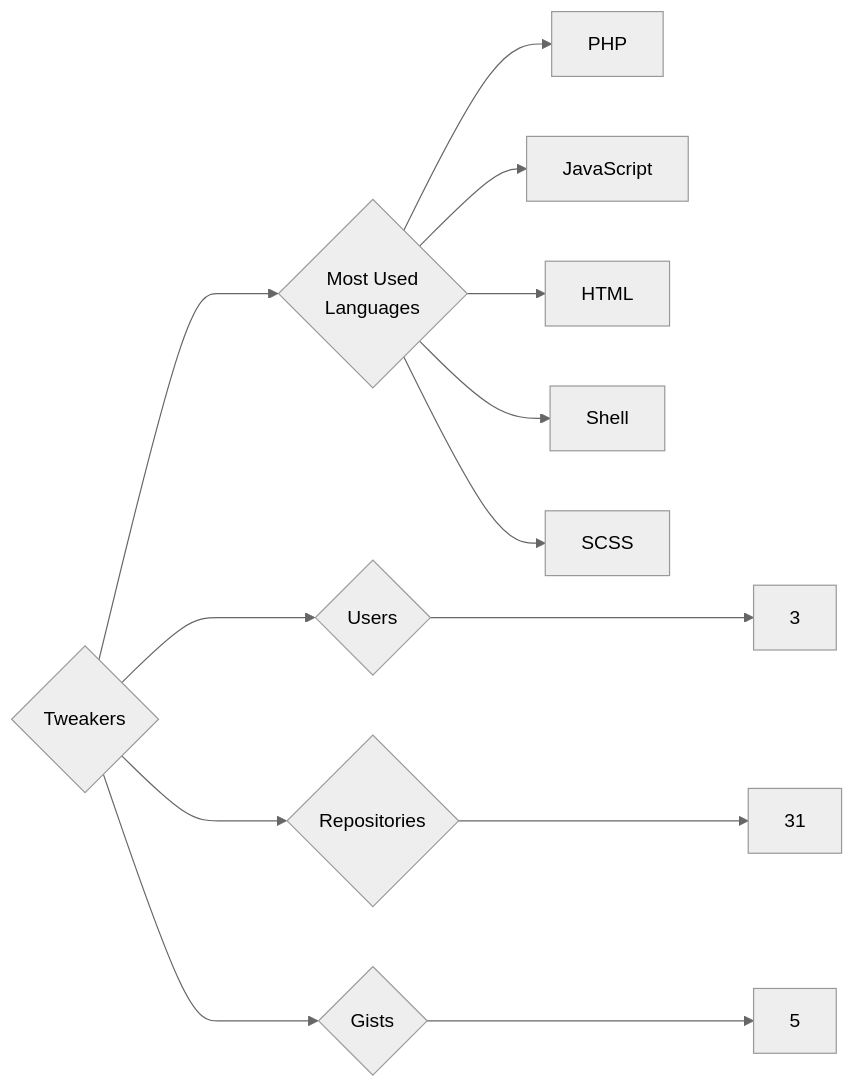
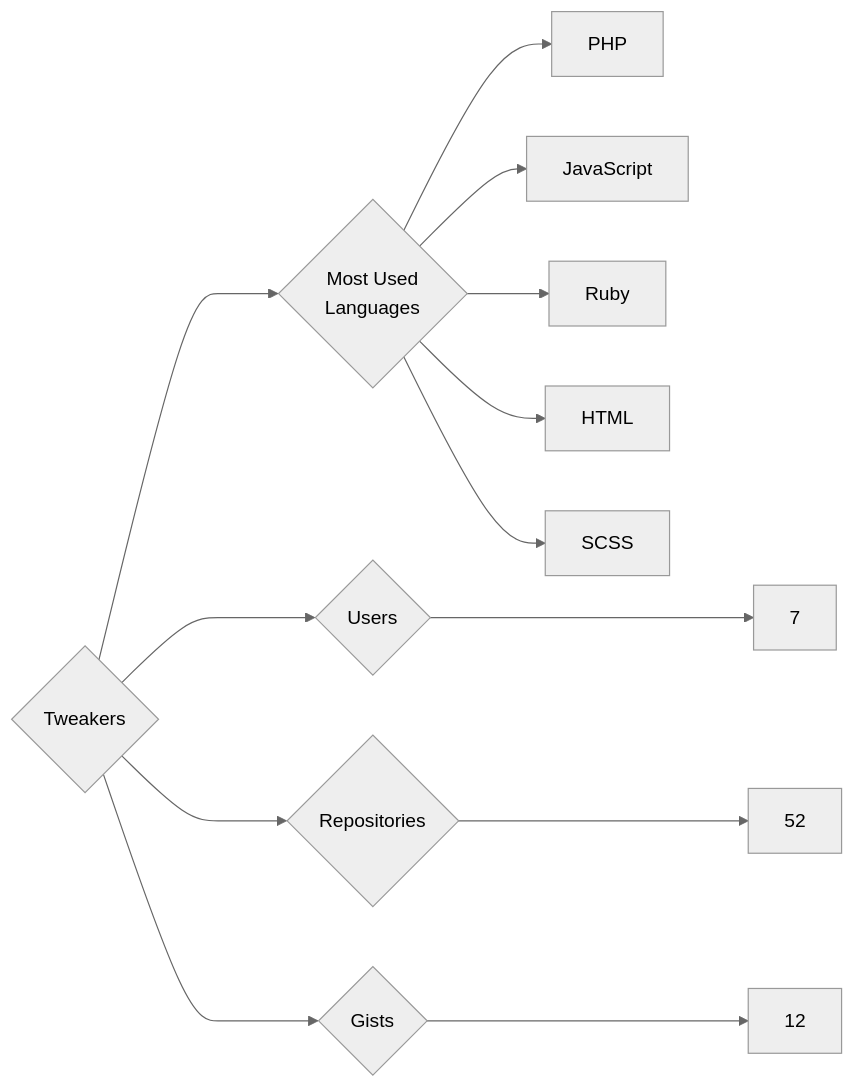
The diagram in targets/Tweakers/README.md (trickest/insiders), drawn with Mermaid (neutral theme) before and after one commit. The commit also changed 787 other files, not shown here.

````diff
--- a/targets/Tweakers/README.md
+++ b/targets/Tweakers/README.md
@@ -3,13 +3,13 @@
 ```mermaid
 graph LR
 COMPANY_NAME{Tweakers}
-COMPANY_NAME ---> U{Users} ---> UN[3]
-COMPANY_NAME ---> R{Repositories} ---> RN[31]
-COMPANY_NAME ---> G{Gists} ---> GN[5]
+COMPANY_NAME ---> U{Users} ---> UN[7]
+COMPANY_NAME ---> R{Repositories} ---> RN[52]
+COMPANY_NAME ---> G{Gists} ---> GN[12]
 COMPANY_NAME ---> ML{Most Used<br>Languages}
 ML --> PHP[PHP]
 ML --> JavaScript[JavaScript]
+ML --> Ruby[Ruby]
 ML --> HTML[HTML]
-ML --> Shell[Shell]
 ML --> SCSS[SCSS]
 ```
````
